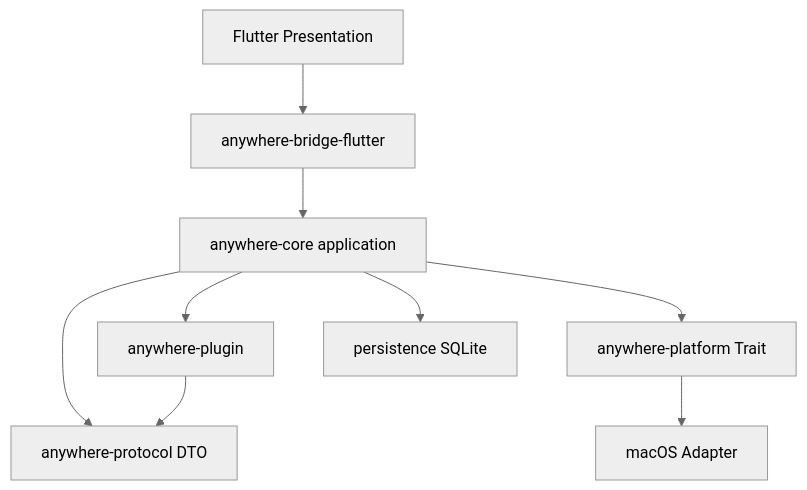
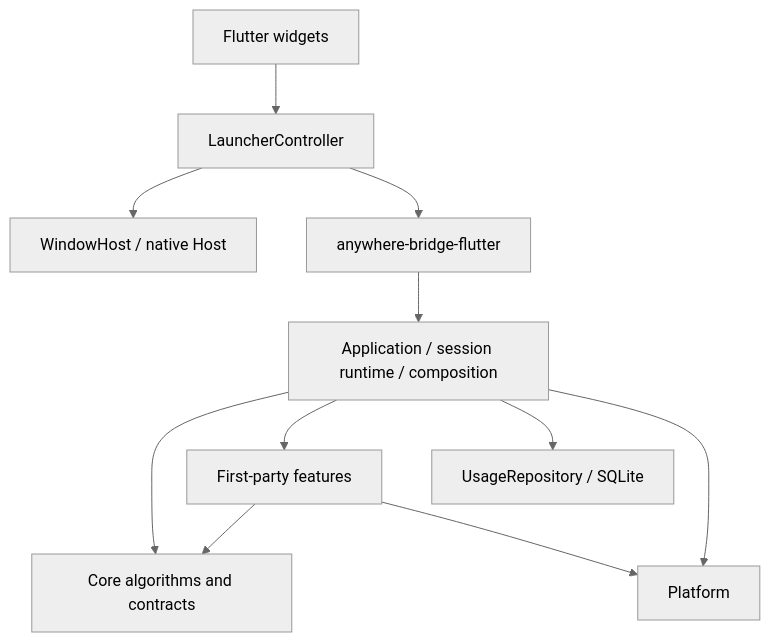
One commit to FantasyDream/Anywhere changed the diagram in docs/architecture.md. Above: the diagram before and after it, drawn with Mermaid (neutral theme). The commit also changed other lines of this file and 79 other files, not shown here.

````diff
--- a/docs/architecture.md
+++ b/docs/architecture.md
@@ -3,11 +5,13 @@
 ```mermaid
 flowchart TD
-  UI[Flutter Presentation] --> B[anywhere-bridge-flutter]
-  B --> C[anywhere-core application]
-  C --> P[anywhere-protocol DTO]
-  C --> PL[anywhere-platform Trait]
-  C --> PG[anywhere-plugin]
-  PG --> P
-  PL --> MAC[macOS Adapter]
-  C --> DB[persistence SQLite]
+  UI[Flutter widgets] --> CTRL[LauncherController]
+  CTRL --> WIN[WindowHost / native Host]
+  CTRL --> BRIDGE[anywhere-bridge-flutter]
+  BRIDGE --> APP[Application / session runtime / composition]
+  APP --> CORE[Core algorithms and contracts]
+  APP --> FEATURE[First-party features]
+  FEATURE --> CORE
+  APP --> DB[UsageRepository / SQLite]
+  APP --> PLATFORM[Platform]
+  FEATURE --> PLATFORM
 ```
````
